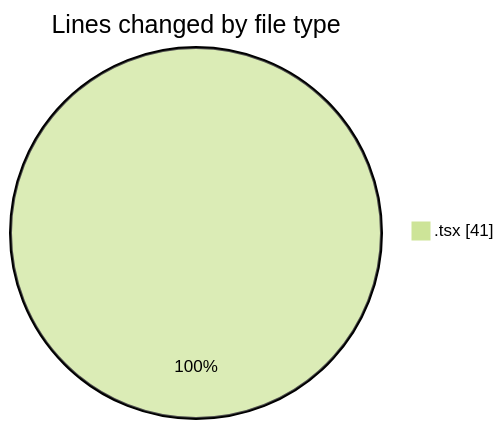
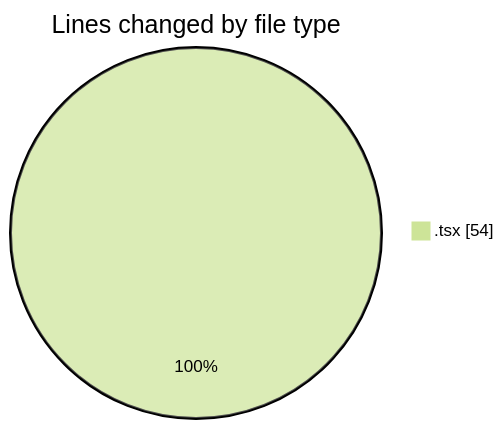
Before and after one commit to momahboobian/code-tracking: the first of 2 diagrams in 2025-11-20/cda/README.md, drawn with Mermaid (forest theme). The commit also changed other lines of this file and 1 other file, not shown here.

````diff
--- a/2025-11-20/cda/README.md
+++ b/2025-11-20/cda/README.md
@@ -20,5 +20,5 @@
 ```mermaid
 pie showData
 title Lines changed by file type
-".tsx" : 41
+".tsx" : 54
 ```
````
